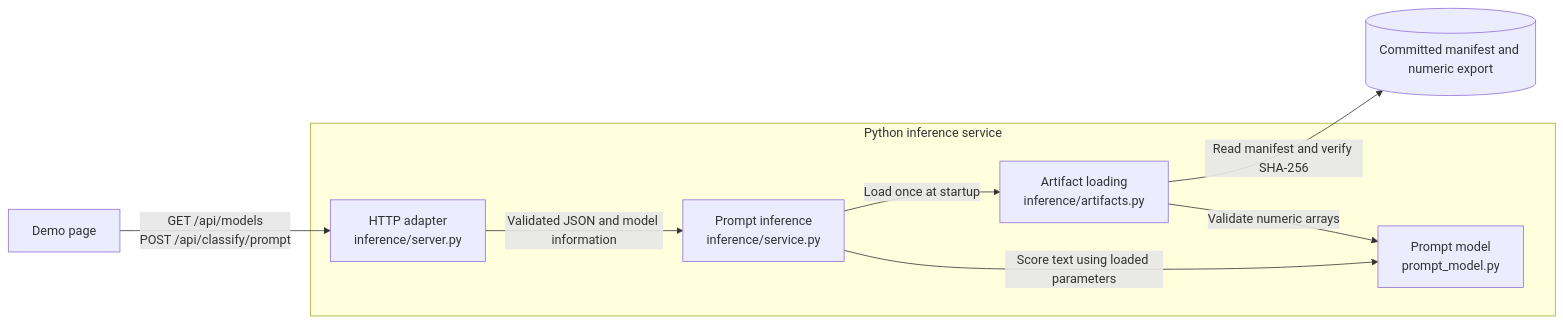
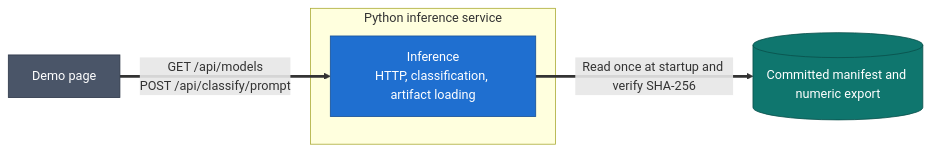
The second of 2 diagrams in docs/c4/local-ml-demo.md (Bill2926/COS40005_HN9_Verifiable_Co-Learner_Agent), drawn with Mermaid before and after one commit. The commit also changed other lines of this file and 6 other files, not shown here.

Commit message:
Validate model metadata and document the local demo boundary (#273)

````diff
--- a/docs/c4/local-ml-demo.md
+++ b/docs/c4/local-ml-demo.md
@@ -22,17 +24,13 @@
 ```mermaid
 flowchart LR
-  browser["Demo page"]
+  classDef comp fill:#1f6fd0,stroke:#164f96,color:#ffffff
+  classDef near fill:#4a5568,stroke:#2d3748,color:#ffffff
+  classDef db fill:#0f766e,stroke:#0a4f4a,color:#ffffff
+  browser["Demo page"]:::near
   subgraph service["Python inference service"]
-    http["HTTP adapter<br/>inference/server.py"]
-    inference["Prompt inference<br/>inference/service.py"]
-    registry["Artifact loading<br/>inference/artifacts.py"]
-    scorer["Prompt model<br/>prompt_model.py"]
+    inference["Inference<br/>HTTP, classification, artifact loading"]:::comp
   end
-  export[("Committed manifest and numeric export")]
-  browser -->|"GET /api/models<br/>POST /api/classify/prompt"| http
-  http -->|"Validated JSON and model information"| inference
-  inference -->|"Load once at startup"| registry
-  registry -->|"Read manifest and verify SHA-256"| export
-  registry -->|"Validate numeric arrays"| scorer
-  inference -->|"Score text using loaded parameters"| scorer
+  export[("Committed manifest and numeric export")]:::db
+  browser ==>|"GET /api/models<br/>POST /api/classify/prompt"| inference
+  inference ==>|"Read once at startup and verify SHA-256"| export
 ```
````
